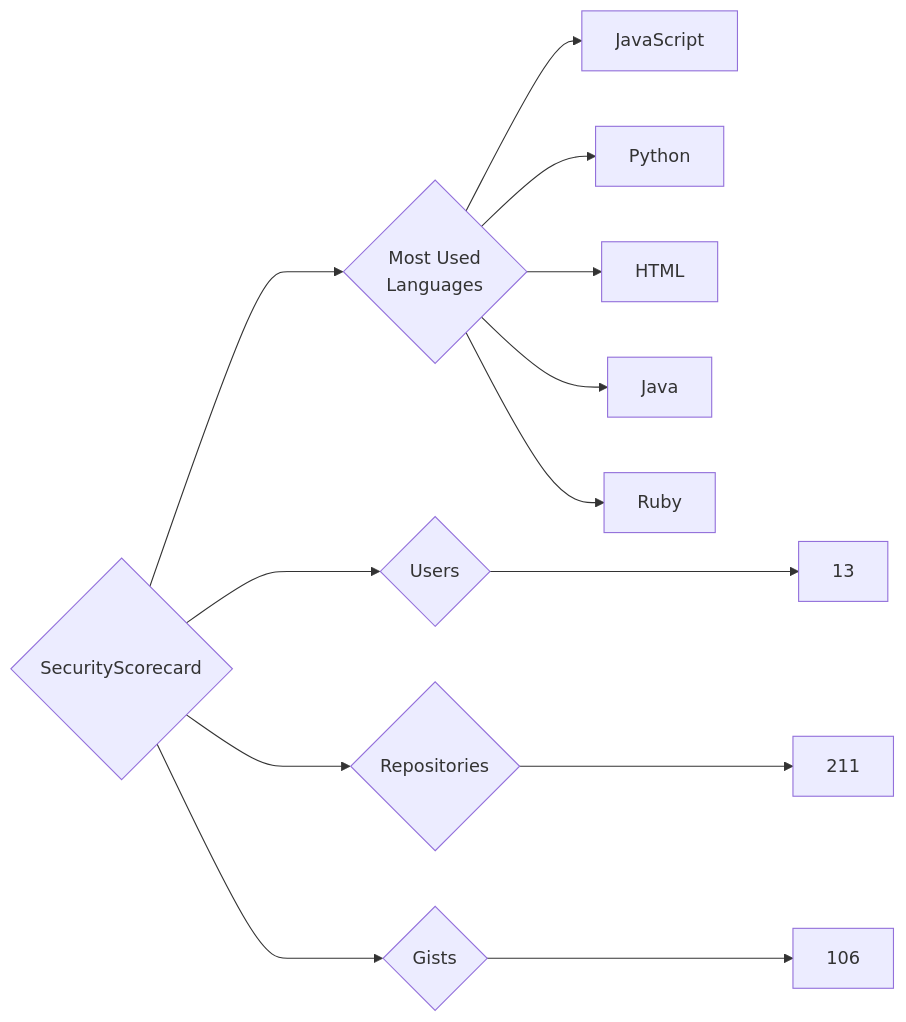
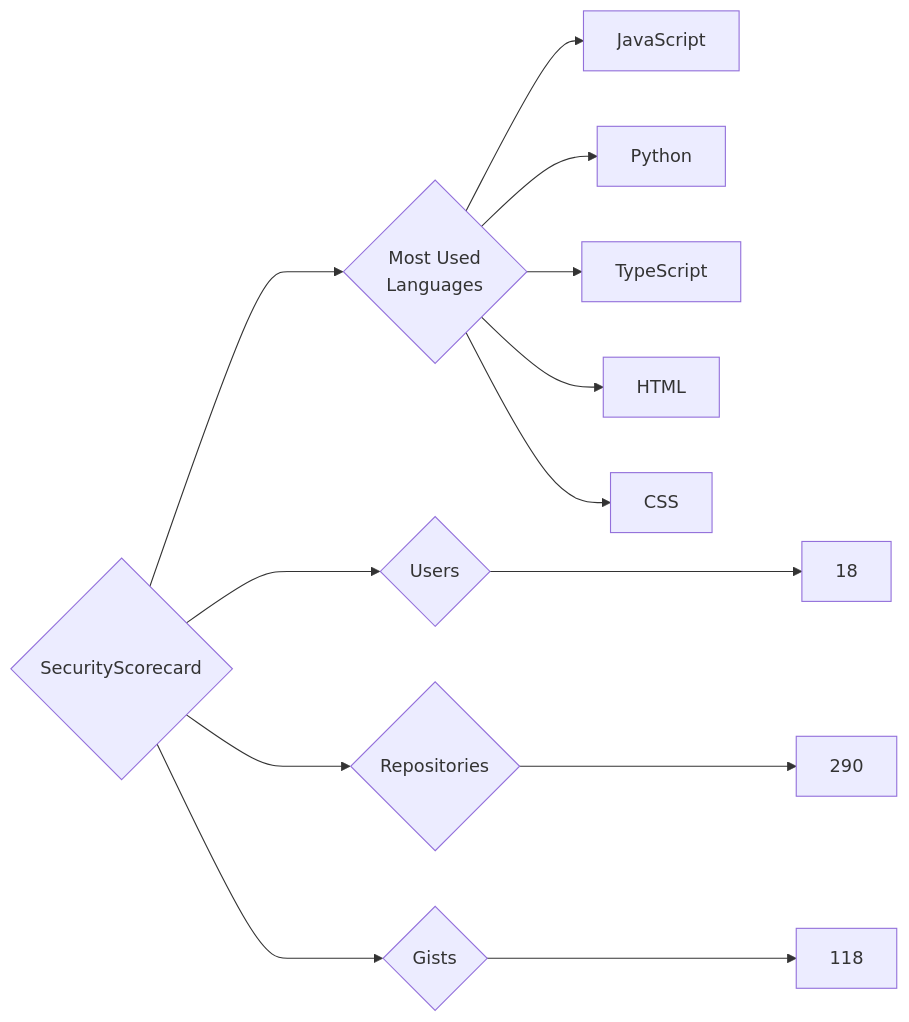
The diagram in targets/SecurityScorecard/README.md (trickest/insiders), drawn with Mermaid before and after one commit. The commit also changed 928 other files, not shown here.

````diff
--- a/targets/SecurityScorecard/README.md
+++ b/targets/SecurityScorecard/README.md
@@ -3,13 +3,13 @@
 ```mermaid
 graph LR
 COMPANY_NAME{SecurityScorecard}
-COMPANY_NAME ---> U{Users} ---> UN[13]
-COMPANY_NAME ---> R{Repositories} ---> RN[211]
-COMPANY_NAME ---> G{Gists} ---> GN[106]
+COMPANY_NAME ---> U{Users} ---> UN[18]
+COMPANY_NAME ---> R{Repositories} ---> RN[290]
+COMPANY_NAME ---> G{Gists} ---> GN[118]
 COMPANY_NAME ---> ML{Most Used<br>Languages}
 ML --> JavaScript[JavaScript]
 ML --> Python[Python]
+ML --> TypeScript[TypeScript]
 ML --> HTML[HTML]
-ML --> Java[Java]
-ML --> Ruby[Ruby]
+ML --> CSS[CSS]
 ```
````
